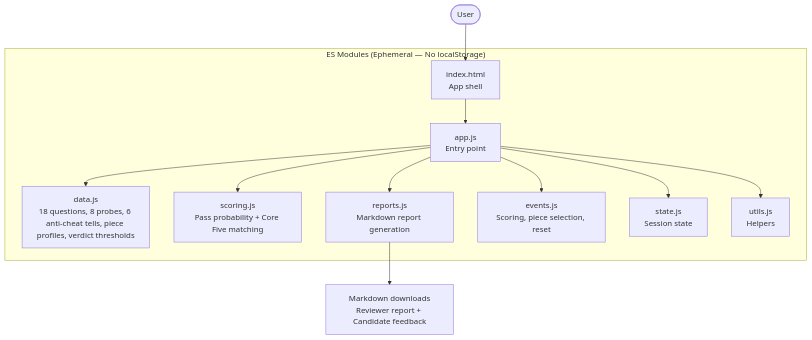
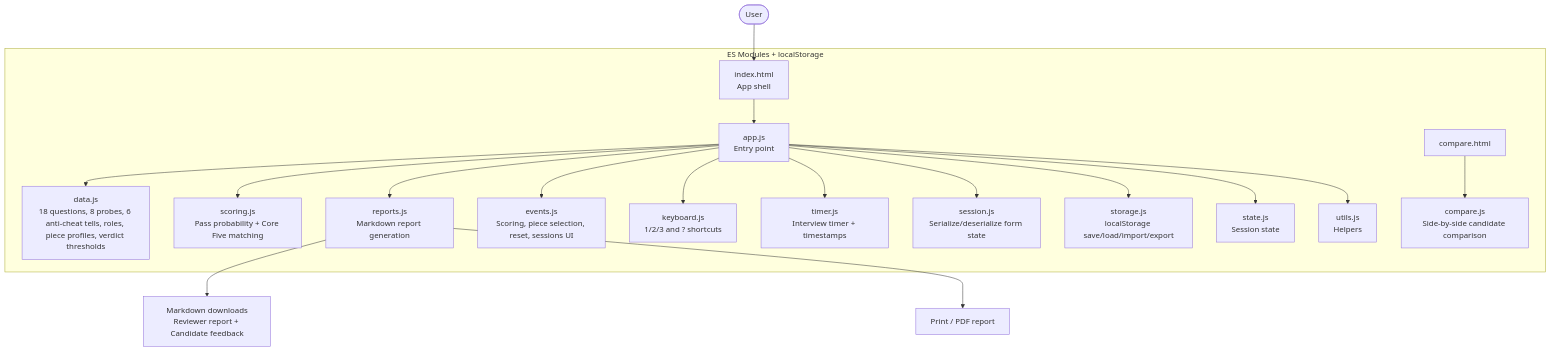
The diagram in README.md (energon-a-secas/interviews-site), drawn with Mermaid before and after one commit. The commit also changed other lines of this file and 2 other files, not shown here.

````diff
--- a/README.md
+++ b/README.md
@@ -204,16 +210,22 @@
 ```mermaid
 flowchart TB
     User([User]) --> HTML["index.html\nApp shell"]
 
-    subgraph App["ES Modules (Ephemeral — No localStorage)"]
+    subgraph App["ES Modules + localStorage"]
         HTML --> app["app.js\nEntry point"]
-        app --> data["data.js\n18 questions, 8 probes, 6 anti-cheat tells, piece profiles, verdict thresholds"]
+        app --> data["data.js\n18 questions, 8 probes, 6 anti-cheat tells, roles, piece profiles, verdict thresholds"]
         app --> scoring["scoring.js\nPass probability + Core Five matching"]
         app --> reports["reports.js\nMarkdown report generation"]
-        app --> events["events.js\nScoring, piece selection, reset"]
+        app --> events["events.js\nScoring, piece selection, reset, sessions UI"]
+        app --> keyboard["keyboard.js\n1/2/3 and ? shortcuts"]
+        app --> timer["timer.js\nInterview timer + timestamps"]
+        app --> session["session.js\nSerialize/deserialize form state"]
+        app --> storage["storage.js\nlocalStorage save/load/import/export"]
         app --> state["state.js\nSession state"]
         app --> utils["utils.js\nHelpers"]
+        Compare[compare.html] --> comparejs["compare.js\nSide-by-side candidate comparison"]
     end
 
     reports --> Downloads["Markdown downloads\nReviewer report + Candidate feedback"]
+    reports --> Print["Print / PDF report"]
 ```
````
